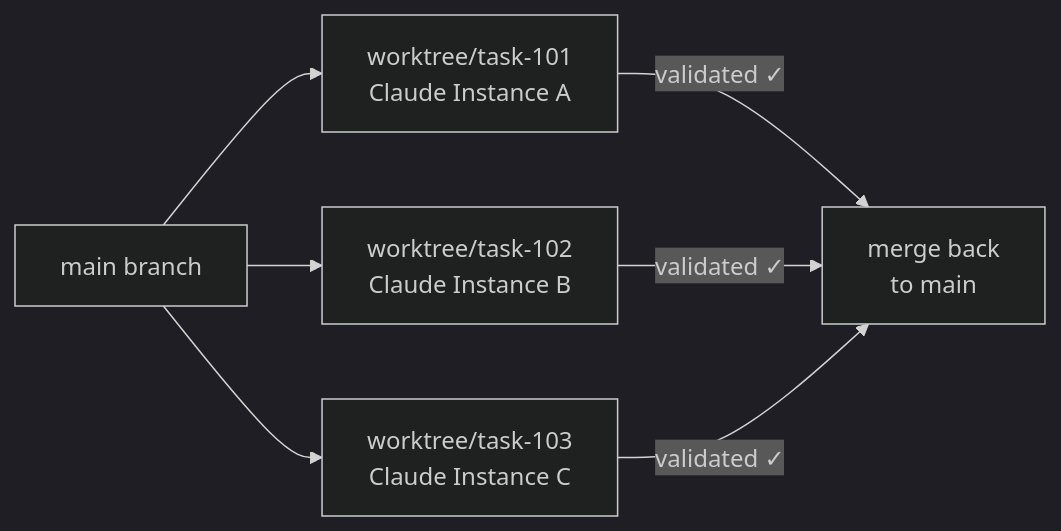
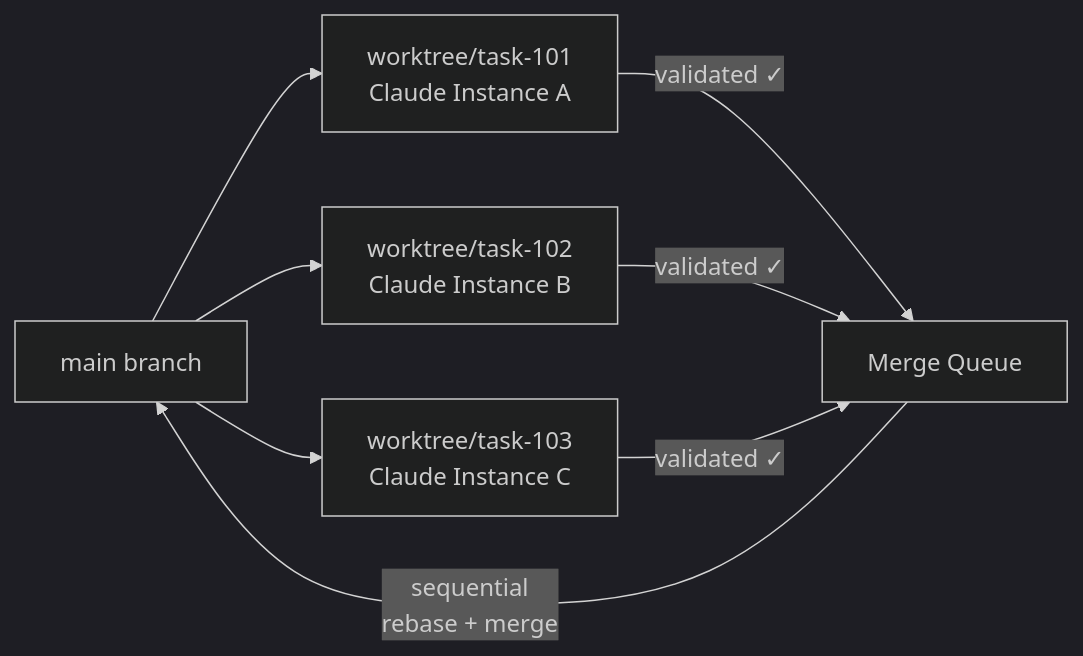
The third of 4 diagrams in README.md (itsmeboris/Golem), drawn with Mermaid (dark theme) before and after one commit. The commit also changed other lines of this file and 13 other files, not shown here.

First line of the commit message:
Add cross-task coordination: merge queue, batch deps, error taxonomy

````diff
--- a/README.md
+++ b/README.md
@@ -163,10 +168,11 @@
 ```mermaid
 flowchart LR
     main["main branch"] --> wt1["worktree/task-101<br/>Claude Instance A"]
     main --> wt2["worktree/task-102<br/>Claude Instance B"]
     main --> wt3["worktree/task-103<br/>Claude Instance C"]
 
-    wt1 -- "validated ✓" --> merge["merge back<br/>to main"]
-    wt2 -- "validated ✓" --> merge
-    wt3 -- "validated ✓" --> merge
+    wt1 -- "validated ✓" --> mq["Merge Queue"]
+    wt2 -- "validated ✓" --> mq
+    wt3 -- "validated ✓" --> mq
+    mq -- "sequential<br/>rebase + merge" --> main
 ```
````
